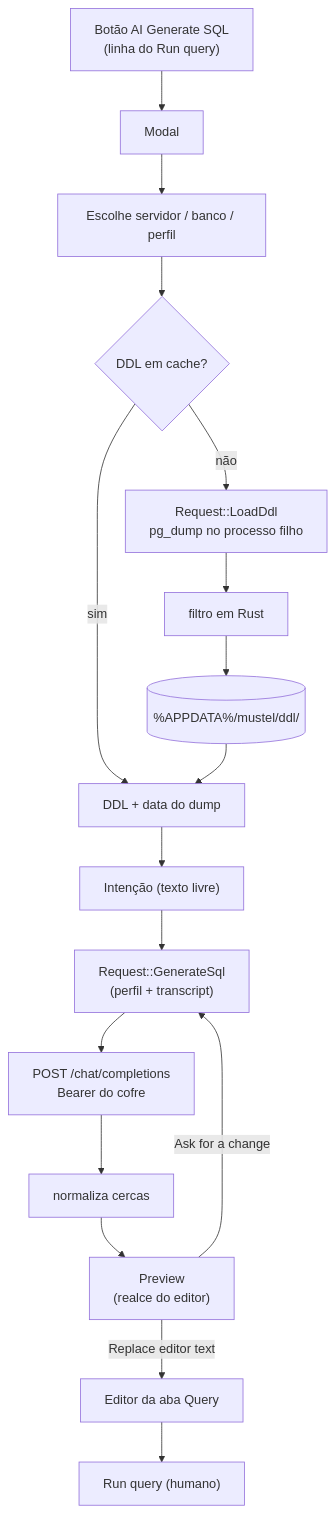
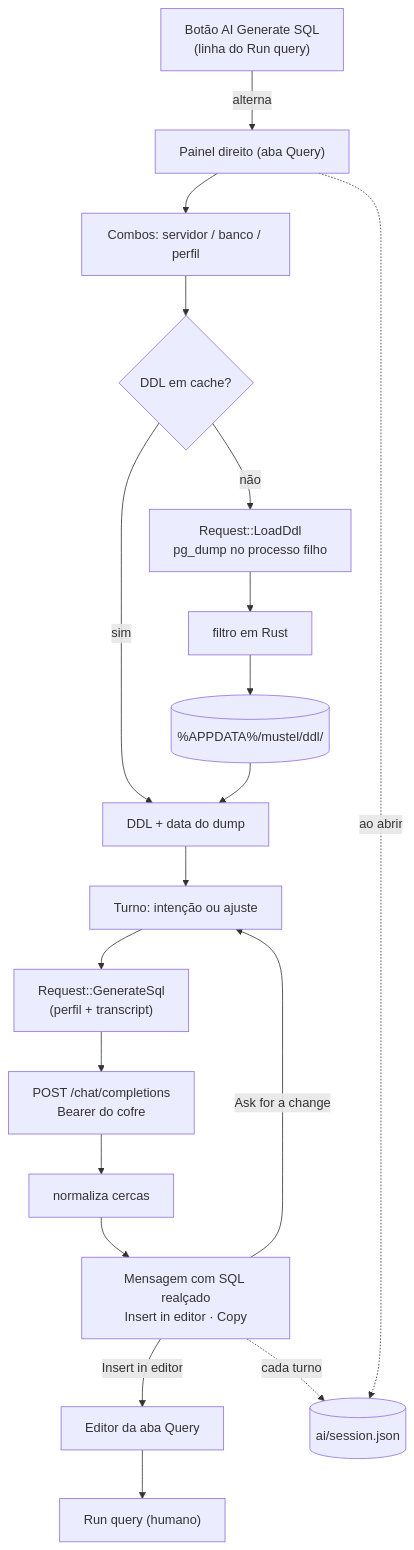
Before and after one commit to MustelGuild/Mustel: the diagram in MustelPlans/ai-generate-sql.md, drawn with Mermaid. The commit also changed other lines of this file and 27 other files, not shown here.

First line of the commit message:
Add AI SQL generation panel to Query tab

````diff
--- a/MustelPlans/ai-generate-sql.md
+++ b/MustelPlans/ai-generate-sql.md
@@ -99,19 +112,21 @@
 ```mermaid
 flowchart TD
-    B["Botão AI Generate SQL<br/>(linha do Run query)"] --> M["Modal"]
-    M --> S["Escolhe servidor / banco / perfil"]
+    B["Botão AI Generate SQL<br/>(linha do Run query)"] -->|alterna| P["Painel direito (aba Query)"]
+    P --> S["Combos: servidor / banco / perfil"]
     S --> L{"DDL em cache?"}
     L -->|sim| D["DDL + data do dump"]
-    L -->|não| P["Request::LoadDdl<br/>pg_dump no processo filho"]
-    P --> F["filtro em Rust"]
+    L -->|não| G["Request::LoadDdl<br/>pg_dump no processo filho"]
+    G --> F["filtro em Rust"]
     F --> C[("%APPDATA%/mustel/ddl/")]
     C --> D
-    D --> I["Intenção (texto livre)"]
-    I --> G["Request::GenerateSql<br/>(perfil + transcript)"]
-    G --> H["POST /chat/completions<br/>Bearer do cofre"]
-    H --> R["normaliza cercas"]
-    R --> V["Preview<br/>(realce do editor)"]
-    V -->|Ask for a change| G
-    V -->|Replace editor text| E["Editor da aba Query"]
+    D --> T["Turno: intenção ou ajuste"]
+    T --> R["Request::GenerateSql<br/>(perfil + transcript)"]
+    R --> H["POST /chat/completions<br/>Bearer do cofre"]
+    H --> N["normaliza cercas"]
+    N --> M["Mensagem com SQL realçado<br/>Insert in editor · Copy"]
+    M -->|Ask for a change| T
+    M -->|Insert in editor| E["Editor da aba Query"]
     E --> Q["Run query (humano)"]
+    M -.->|cada turno| F2[("ai/session.json")]
+    P -.->|ao abrir| F2
 ```
````
